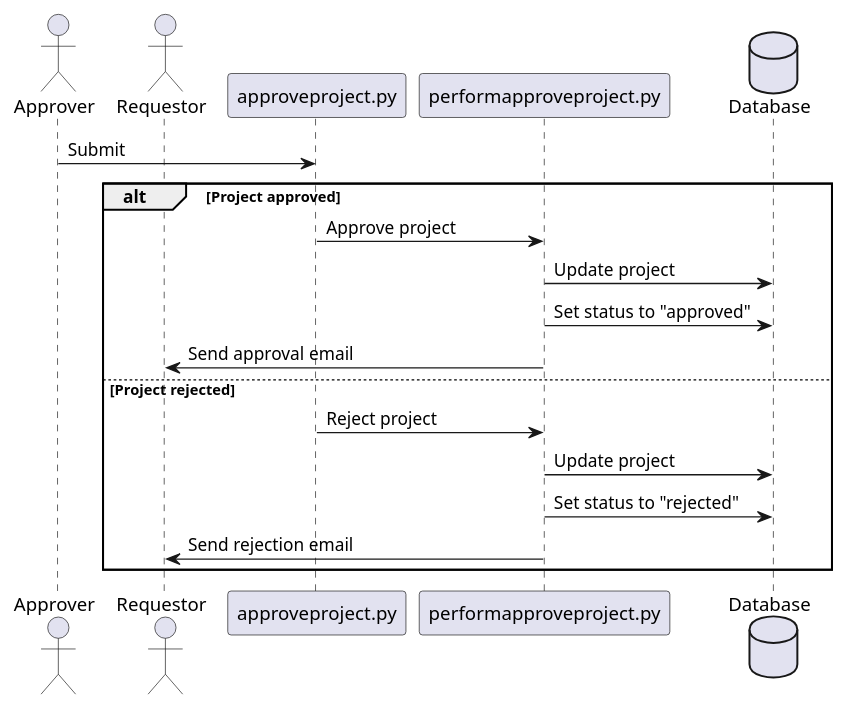
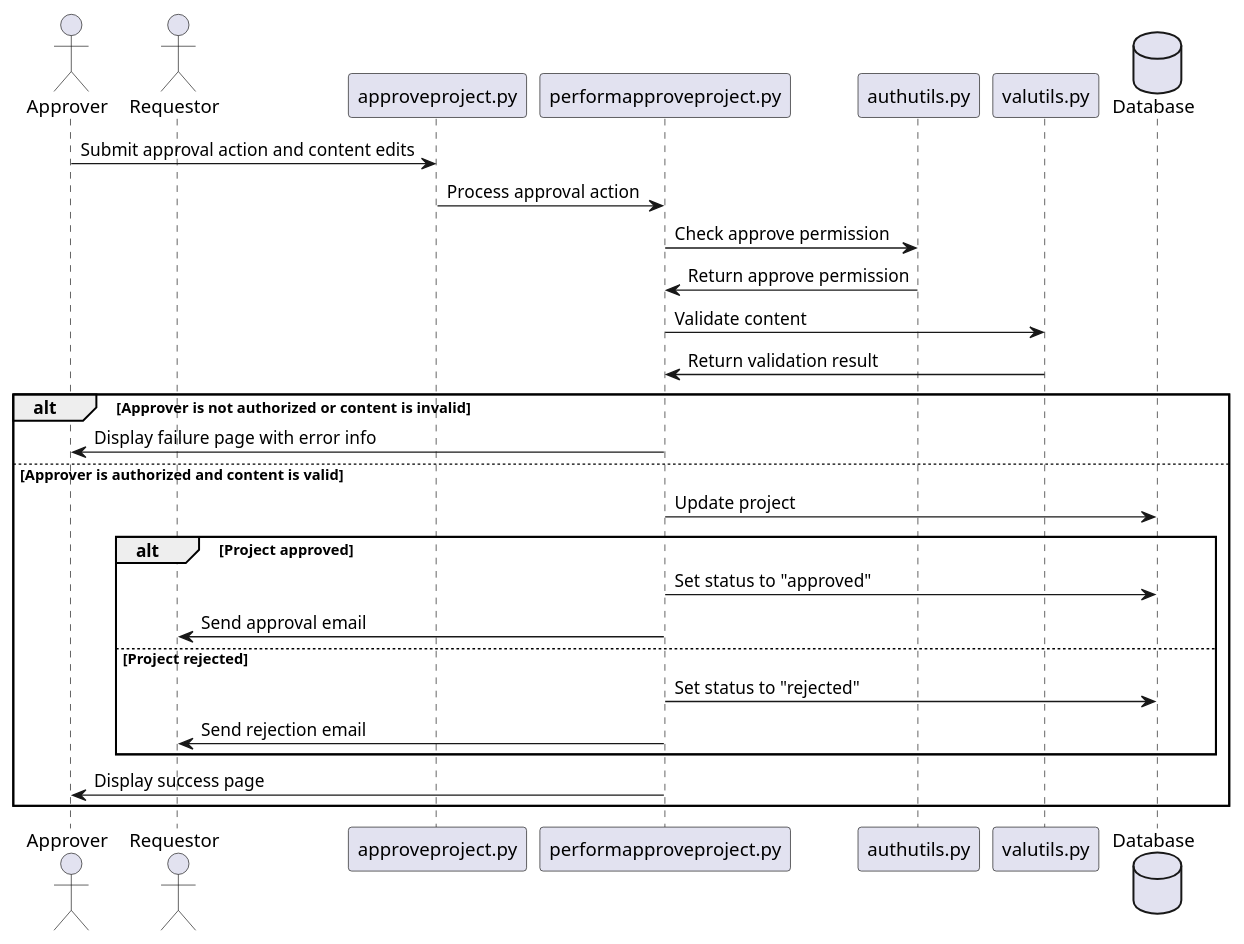
One commit to sipb/project-database changed the diagram in documentation/approveproject.puml. Above: the diagram before and after it, drawn with PlantUML. The commit also changed 2 other files, not shown here.

Commit message:
Add more detail to sequence diagrams.

```diff
--- a/documentation/approveproject.puml
+++ b/documentation/approveproject.puml
@@ -1,27 +1,44 @@
 @startuml
 actor Approver
 actor Requestor
 participant approveproject.py
 participant performapproveproject.py
+participant authutils.py
+participant valutils.py
 database Database
 
-Approver -> approveproject.py : Submit
+Approver -> approveproject.py : Submit approval action and content edits
+approveproject.py -> performapproveproject.py : Process approval action
+performapproveproject.py -> authutils.py : Check approve permission
+authutils.py -> performapproveproject.py : Return approve permission
+performapproveproject.py -> valutils.py : Validate content
+valutils.py -> performapproveproject.py : Return validation result
 
-alt Project approved
+alt Approver is not authorized or content is invalid
 
-    approveproject.py -> performapproveproject.py : Approve project
+    performapproveproject.py -> Approver : Display failure page with error info
+
+else Approver is authorized and content is valid
+
     performapproveproject.py -> Database : Update project
-    performapproveproject.py -> Database : Set status to "approved"
-    performapproveproject.py -> Requestor : Send approval email
 
-else Project rejected
+    alt Project approved
 
-    approveproject.py -> performapproveproject.py : Reject project
-    performapproveproject.py -> Database : Update project
-    performapproveproject.py -> Database : Set status to "rejected"
-    performapproveproject.py -> Requestor : Send rejection email
+        
+        
+        performapproveproject.py -> Database : Set status to "approved"
+        performapproveproject.py -> Requestor : Send approval email
+
+    else Project rejected
+
+        performapproveproject.py -> Database : Set status to "rejected"
+        performapproveproject.py -> Requestor : Send rejection email
+
+    end
+
+    performapproveproject.py -> Approver : Display success page
 
 end
 
 
 @enduml
```
